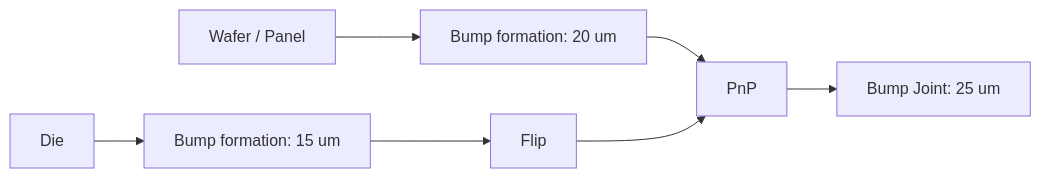
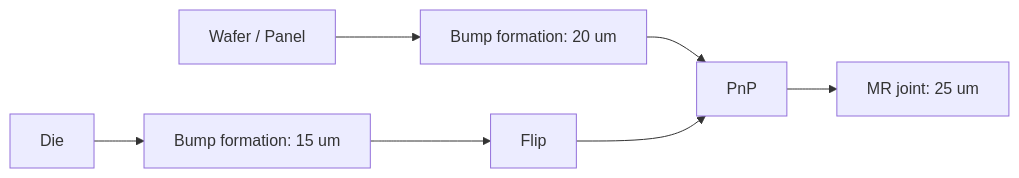
The diagram in docs/reference/process-steps/README.md (henry861010/process_flow_v2), drawn with Mermaid before and after one commit. The commit also changed other lines of this file and 21 other files, not shown here.

````diff
--- a/docs/reference/process-steps/README.md
+++ b/docs/reference/process-steps/README.md
@@ -136,8 +138,8 @@
 ```mermaid
 flowchart LR
   wafer[Wafer / Panel] --> mainBump[Bump formation: 20 um]
   die[Die] --> dieBump[Bump formation: 15 um] --> flip[Flip]
   mainBump --> pnp[PnP]
   flip --> pnp
-  pnp --> joint[Bump Joint: 25 um]
+  pnp --> joint[MR joint: 25 um]
 ```
````
